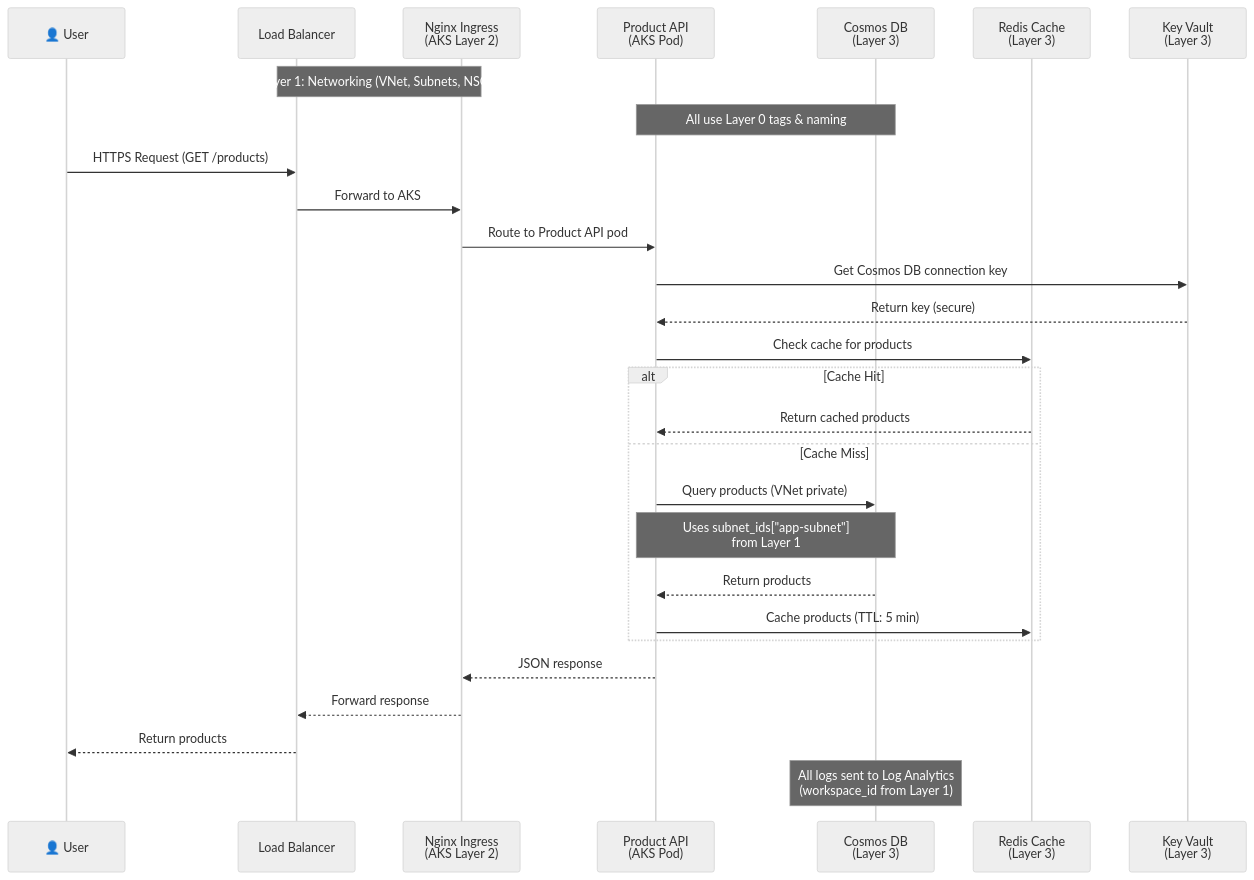
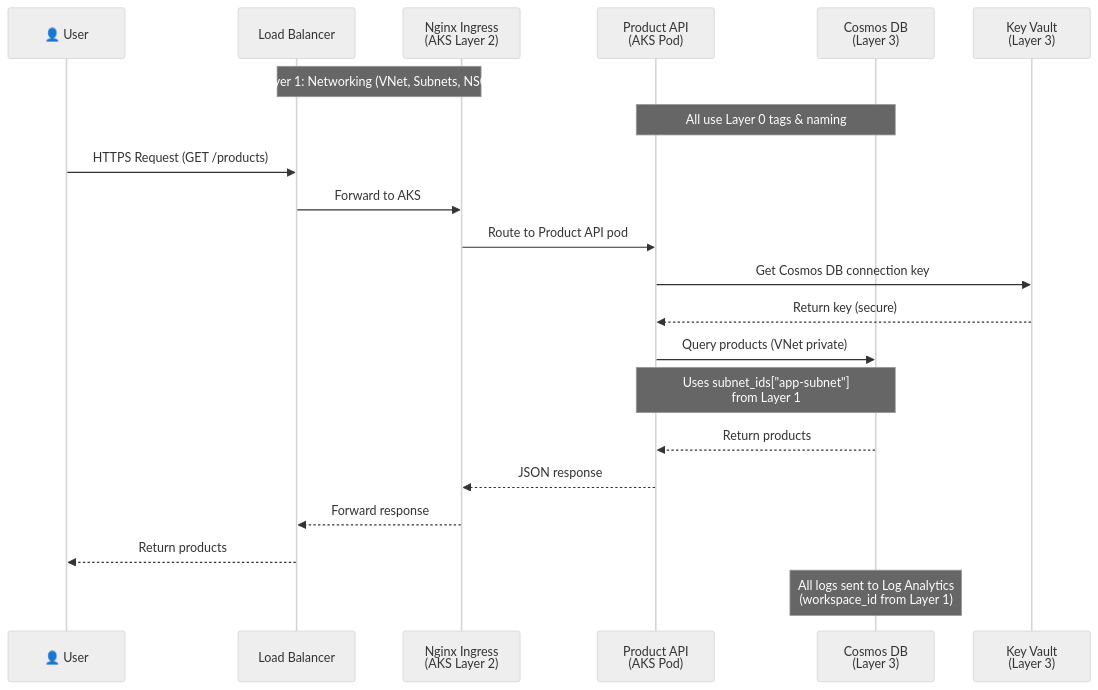
Before and after one commit to sandy-gunawan/demoterraform: the third of 3 diagrams in docs/ARCHITECTURE-QUICK-REFERENCE.md, drawn with Mermaid (neutral theme). The commit also changed other lines of this file and 66 other files, not shown here.

````diff
--- a/docs/ARCHITECTURE-QUICK-REFERENCE.md
+++ b/docs/ARCHITECTURE-QUICK-REFERENCE.md
@@ -413,37 +418,29 @@
 ```mermaid
 sequenceDiagram
     participant User as 👤 User
     participant LB as Load Balancer
     participant Ingress as Nginx Ingress<br/>(AKS Layer 2)
     participant API as Product API<br/>(AKS Pod)
     participant Cosmos as Cosmos DB<br/>(Layer 3)
-    participant Redis as Redis Cache<br/>(Layer 3)
     participant KV as Key Vault<br/>(Layer 3)
     
     Note over LB,Ingress: Layer 1: Networking (VNet, Subnets, NSGs)
     Note over API,Cosmos: All use Layer 0 tags & naming
     
     User->>LB: HTTPS Request (GET /products)
     LB->>Ingress: Forward to AKS
     Ingress->>API: Route to Product API pod
     
     API->>KV: Get Cosmos DB connection key
     KV-->>API: Return key (secure)
     
-    API->>Redis: Check cache for products
-    
-    alt Cache Hit
-        Redis-->>API: Return cached products
-    else Cache Miss
-        API->>Cosmos: Query products (VNet private)
-        Note over API,Cosmos: Uses subnet_ids["app-subnet"]<br/>from Layer 1
-        Cosmos-->>API: Return products
-        API->>Redis: Cache products (TTL: 5 min)
-    end
+    API->>Cosmos: Query products (VNet private)
+    Note over API,Cosmos: Uses subnet_ids["app-subnet"]<br/>from Layer 1
+    Cosmos-->>API: Return products
     
     API-->>Ingress: JSON response
     Ingress-->>LB: Forward response
     LB-->>User: Return products
     
     Note over Cosmos: All logs sent to Log Analytics<br/>(workspace_id from Layer 1)
 ```
````
